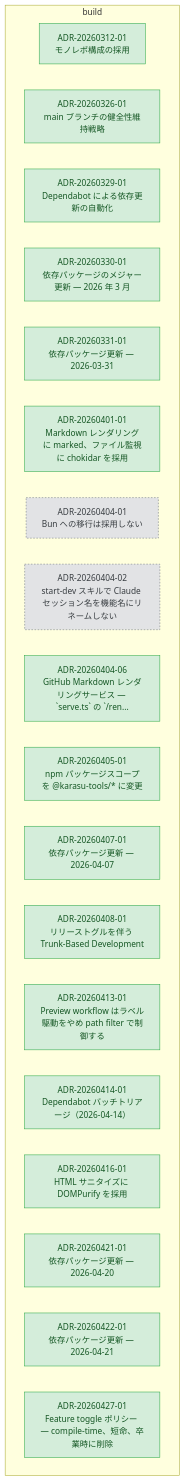
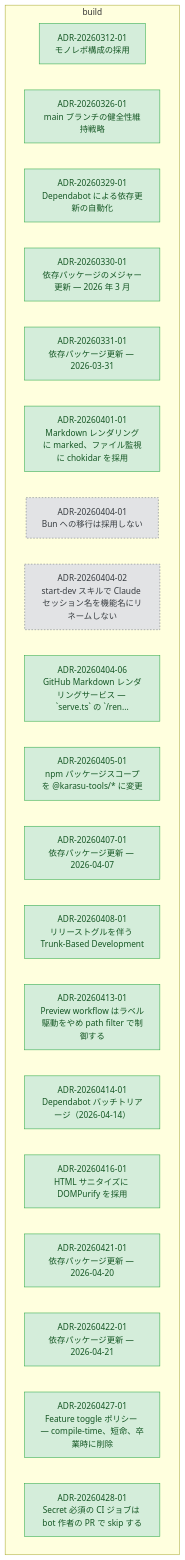
The diagram in docs/adr/graph/build.md (kompiro/karasu), drawn with Mermaid before and after one commit. The commit also changed other lines of this file and 4 other files, not shown here.

First line of the commit message:
docs(adr): add ADR-20260428-01 for skipping secret-gated CI jobs on bot PRs

````diff
--- a/docs/adr/graph/build.md
+++ b/docs/adr/graph/build.md
@@ -6,48 +6,50 @@
 ```mermaid
 flowchart TD
   subgraph build["build"]
     ADR_20260312_01["ADR-20260312-01<br/>モノレポ構成の採用"]
     ADR_20260326_01["ADR-20260326-01<br/>main ブランチの健全性維持戦略"]
     ADR_20260329_01["ADR-20260329-01<br/>Dependabot による依存更新の自動化"]
     ADR_20260330_01["ADR-20260330-01<br/>依存パッケージのメジャー更新 — 2026 年 3 月"]
     ADR_20260331_01["ADR-20260331-01<br/>依存パッケージ更新 — 2026-03-31"]
     ADR_20260401_01["ADR-20260401-01<br/>Markdown レンダリングに marked、ファイル監視に chokidar を採用"]
     ADR_20260404_01["ADR-20260404-01<br/>Bun への移行は採用しない"]
     ADR_20260404_02["ADR-20260404-02<br/>start-dev スキルで Claude セッション名を機能名にリネームしない"]
     ADR_20260404_06["ADR-20260404-06<br/>GitHub Markdown レンダリングサービス — `serve.ts` の `/ren..."]
     ADR_20260405_01["ADR-20260405-01<br/>npm パッケージスコープを @karasu-tools/* に変更"]
     ADR_20260407_01["ADR-20260407-01<br/>依存パッケージ更新 — 2026-04-07"]
     ADR_20260408_01["ADR-20260408-01<br/>リリーストグルを伴う Trunk-Based Development"]
     ADR_20260413_01["ADR-20260413-01<br/>Preview workflow はラベル駆動をやめ path filter で制御する"]
     ADR_20260414_01["ADR-20260414-01<br/>Dependabot バッチトリアージ（2026-04-14）"]
     ADR_20260416_01["ADR-20260416-01<br/>HTML サニタイズに DOMPurify を採用"]
     ADR_20260421_01["ADR-20260421-01<br/>依存パッケージ更新 — 2026-04-20"]
     ADR_20260422_01["ADR-20260422-01<br/>依存パッケージ更新 — 2026-04-21"]
     ADR_20260427_01["ADR-20260427-01<br/>Feature toggle ポリシー — compile-time、短命、卒業時に削除"]
+    ADR_20260428_01["ADR-20260428-01<br/>Secret 必須の CI ジョブは bot 作者の PR で skip する"]
   end
 
   classDef accepted fill:#d4edda,stroke:#28a745,color:#155724
   classDef proposed fill:#fff3cd,stroke:#ffc107,color:#856404
   classDef deprecated fill:#f8d7da,stroke:#dc3545,color:#721c24
   classDef superseded fill:#e2e3e5,stroke:#6c757d,color:#383d41
   classDef not_adopted fill:#e2e3e5,stroke:#6c757d,color:#383d41,stroke-dasharray:3 3
   classDef ghost fill:#f5f5f5,stroke:#adb5bd,color:#6c757d,stroke-dasharray:2 2
   class ADR_20260312_01 accepted
   class ADR_20260326_01 accepted
   class ADR_20260329_01 accepted
   class ADR_20260330_01 accepted
   class ADR_20260331_01 accepted
   class ADR_20260401_01 accepted
   class ADR_20260404_01 not_adopted
   class ADR_20260404_02 not_adopted
   class ADR_20260404_06 accepted
   class ADR_20260405_01 accepted
   class ADR_20260407_01 accepted
   class ADR_20260408_01 accepted
   class ADR_20260413_01 accepted
   class ADR_20260414_01 accepted
   class ADR_20260416_01 accepted
   class ADR_20260421_01 accepted
   class ADR_20260422_01 accepted
   class ADR_20260427_01 accepted
+  class ADR_20260428_01 accepted
 ```
````
